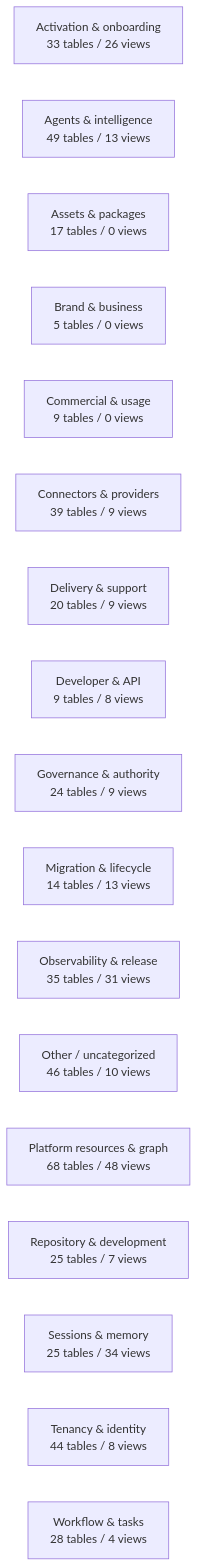
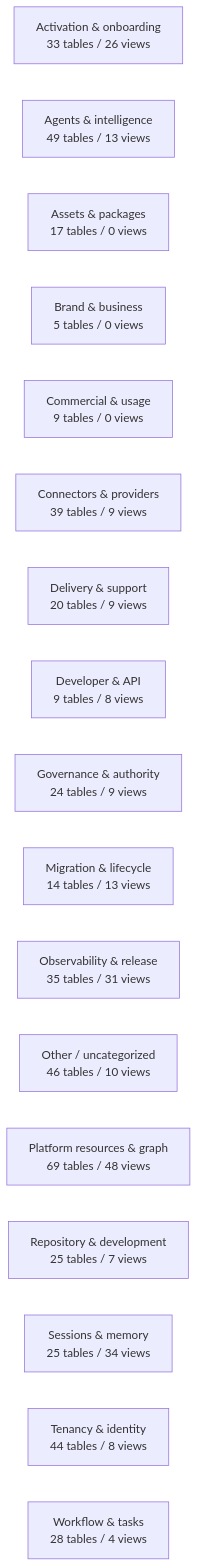
Before and after one commit to mad4bdigital-ai/multi-business-multi-role-growth-intelligence-os: the diagram in docs/work-maps/data-model-domain-map.md, drawn with Mermaid. The commit also changed other lines of this file and 4 other files, not shown here.

````diff
--- a/docs/work-maps/data-model-domain-map.md
+++ b/docs/work-maps/data-model-domain-map.md
@@ -9,20 +9,20 @@
 ```mermaid
 flowchart LR
   n_Activation___onboarding["Activation & onboarding<br/>33 tables / 26 views"]
   n_Agents___intelligence["Agents & intelligence<br/>49 tables / 13 views"]
   n_Assets___packages["Assets & packages<br/>17 tables / 0 views"]
   n_Brand___business["Brand & business<br/>5 tables / 0 views"]
   n_Commercial___usage["Commercial & usage<br/>9 tables / 0 views"]
   n_Connectors___providers["Connectors & providers<br/>39 tables / 9 views"]
   n_Delivery___support["Delivery & support<br/>20 tables / 9 views"]
   n_Developer___API["Developer & API<br/>9 tables / 8 views"]
   n_Governance___authority["Governance & authority<br/>24 tables / 9 views"]
   n_Migration___lifecycle["Migration & lifecycle<br/>14 tables / 13 views"]
   n_Observability___release["Observability & release<br/>35 tables / 31 views"]
   n_Other___uncategorized["Other / uncategorized<br/>46 tables / 10 views"]
-  n_Platform_resources___graph["Platform resources & graph<br/>68 tables / 48 views"]
+  n_Platform_resources___graph["Platform resources & graph<br/>69 tables / 48 views"]
   n_Repository___development["Repository & development<br/>25 tables / 7 views"]
   n_Sessions___memory["Sessions & memory<br/>25 tables / 34 views"]
   n_Tenancy___identity["Tenancy & identity<br/>44 tables / 8 views"]
   n_Workflow___tasks["Workflow & tasks<br/>28 tables / 4 views"]
 ```
````
